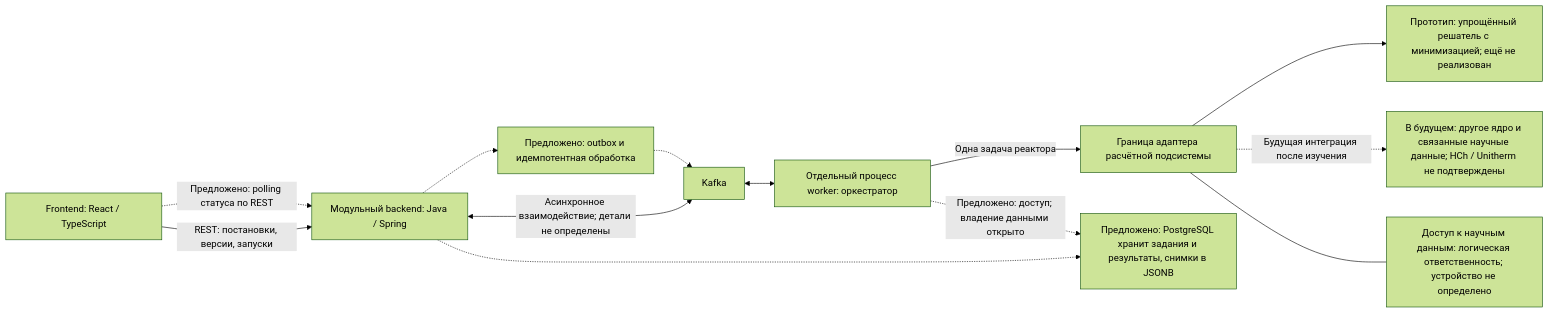
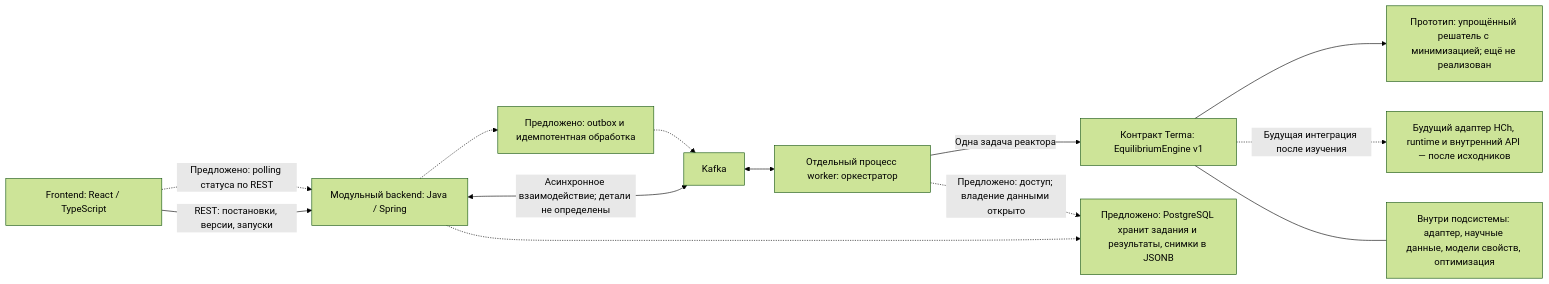
The diagram in docs/architecture.md (Finnik723/terma), drawn with Mermaid (forest theme) before and after one commit. The commit also changed other lines of this file and 48 other files, not shown here.

First line of the commit message:
Контракт Terma v1 и граница адаптера HCh — документация и JSON Schema (#4)

````diff
--- a/docs/architecture.md
+++ b/docs/architecture.md
@@ -9,25 +9,25 @@
 ```mermaid
 flowchart LR
     UI["Frontend: React / TypeScript"]
     API["Модульный backend: Java / Spring"]
     K["Kafka"]
     W["Отдельный процесс worker: оркестратор"]
-    A["Граница адаптера расчётной подсистемы"]
+    A["Контракт Terma: EquilibriumEngine v1"]
     S["Прототип: упрощённый решатель с минимизацией; ещё не реализован"]
-    F["В будущем: другое ядро и связанные научные данные; HCh / Unitherm не подтверждены"]
-    D["Доступ к научным данным: логическая ответственность; устройство не определено"]
+    F["Будущий адаптер HCh, runtime и внутренний API — после исходников"]
+    D["Внутри подсистемы: адаптер, научные данные, модели свойств, оптимизация"]
     DB["Предложено: PostgreSQL хранит задания и результаты, снимки в JSONB"]
     O["Предложено: outbox и идемпотентная обработка"]
     UI -->|REST: постановки, версии, запуски| API
     UI -.->|Предложено: polling статуса по REST| API
     API <-->|Асинхронное взаимодействие; детали не определены| K
     K <--> W
     API -.-> DB
     W -.->|Предложено: доступ; владение данными открыто| DB
     API -.-> O
     O -.-> K
     W -->|Одна задача реактора| A
     A --> S
     A -.->|Будущая интеграция после изучения| F
     A --- D
 ```
````
